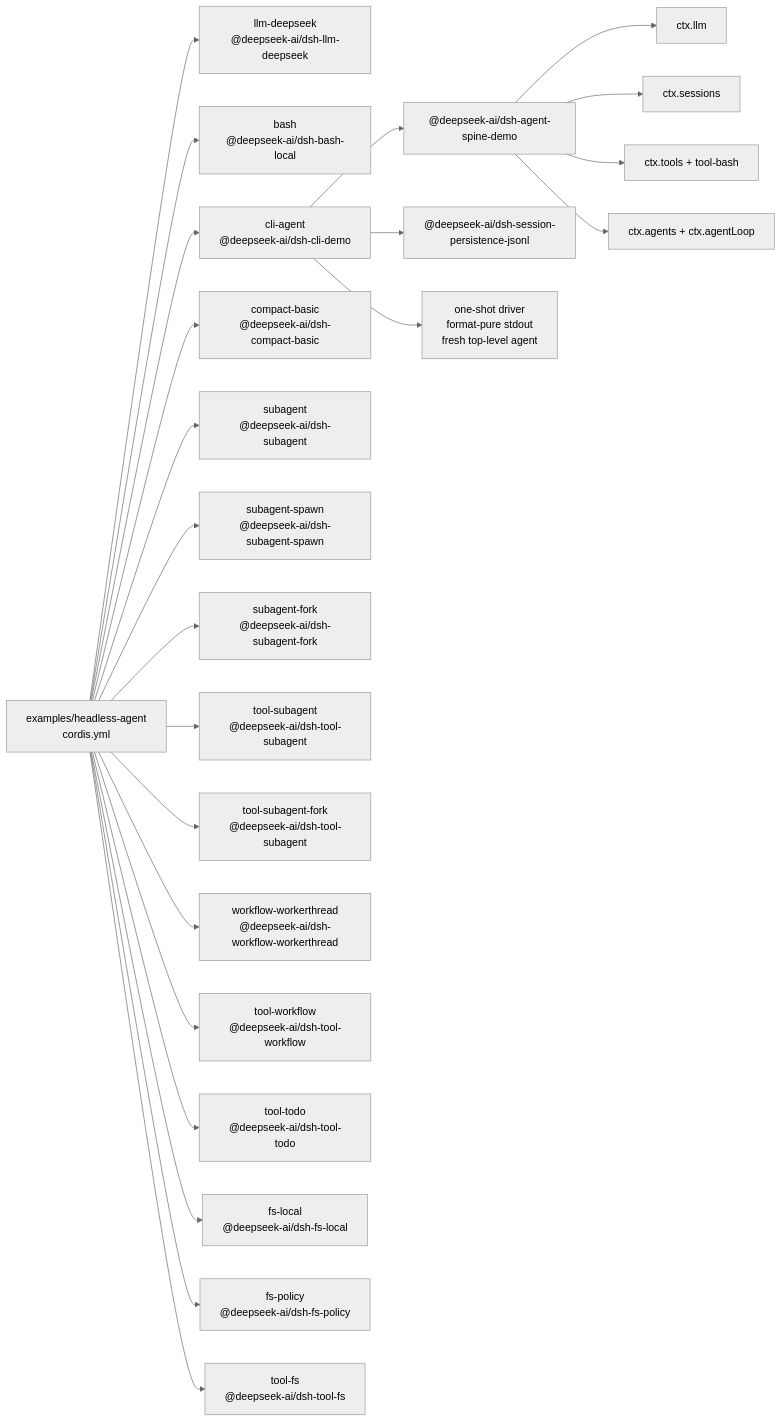
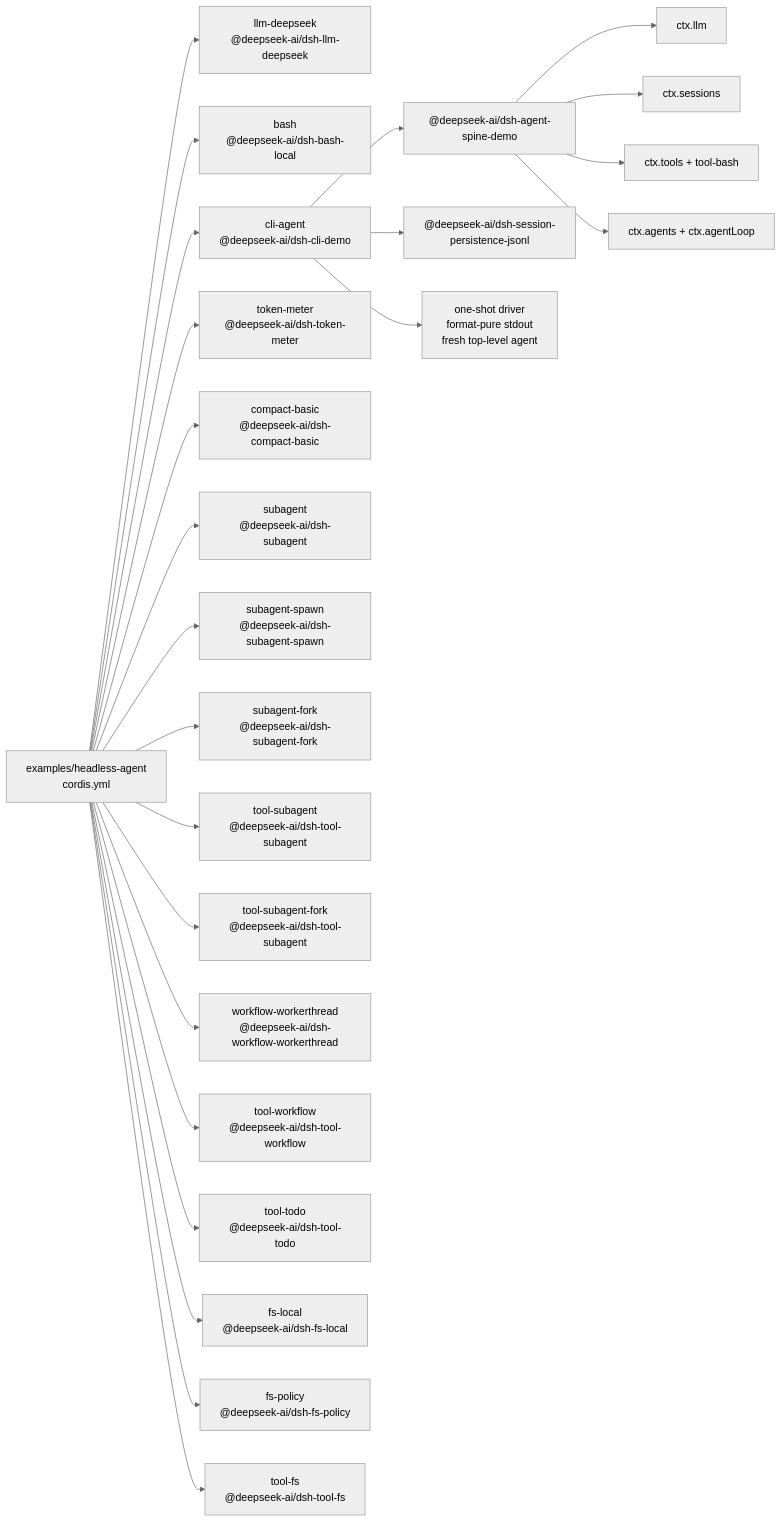
The diagram in examples/headless-agent/composition.md (007M7/DeepCode), drawn with Mermaid (neutral theme) before and after one commit. The commit also changed other lines of this file and 52 other files, not shown here.

````diff
--- a/examples/headless-agent/composition.md
+++ b/examples/headless-agent/composition.md
@@ -8,41 +8,43 @@
 ```mermaid
 flowchart LR
   cfg["examples/headless-agent<br/>cordis.yml"]
   plugin_headless_llm_deepseek["llm-deepseek<br/>@deepseek-ai/dsh-llm-deepseek"]
   cfg --> plugin_headless_llm_deepseek
   plugin_headless_bash["bash<br/>@deepseek-ai/dsh-bash-local"]
   cfg --> plugin_headless_bash
   plugin_headless_cli_agent["cli-agent<br/>@deepseek-ai/dsh-cli-demo"]
   cfg --> plugin_headless_cli_agent
   plugin_headless_cli_agent --> bundle_agent_core["@deepseek-ai/dsh-agent-spine-demo"]
   plugin_headless_cli_agent --> bundle_jsonl["@deepseek-ai/dsh-session-persistence-jsonl"]
   plugin_headless_cli_agent --> frontdoor_cli["one-shot driver<br/>format-pure stdout<br/>fresh top-level agent"]
   bundle_agent_core --> spine_llm["ctx.llm"]
   bundle_agent_core --> spine_sessions["ctx.sessions"]
   bundle_agent_core --> spine_tools["ctx.tools + tool-bash"]
   bundle_agent_core --> spine_loop["ctx.agents + ctx.agentLoop"]
+  plugin_headless_token_meter["token-meter<br/>@deepseek-ai/dsh-token-meter"]
+  cfg --> plugin_headless_token_meter
   plugin_headless_compact_basic["compact-basic<br/>@deepseek-ai/dsh-compact-basic"]
   cfg --> plugin_headless_compact_basic
   plugin_headless_subagent["subagent<br/>@deepseek-ai/dsh-subagent"]
   cfg --> plugin_headless_subagent
   plugin_headless_subagent_spawn["subagent-spawn<br/>@deepseek-ai/dsh-subagent-spawn"]
   cfg --> plugin_headless_subagent_spawn
   plugin_headless_subagent_fork["subagent-fork<br/>@deepseek-ai/dsh-subagent-fork"]
   cfg --> plugin_headless_subagent_fork
   plugin_headless_tool_subagent["tool-subagent<br/>@deepseek-ai/dsh-tool-subagent"]
   cfg --> plugin_headless_tool_subagent
   plugin_headless_tool_subagent_fork["tool-subagent-fork<br/>@deepseek-ai/dsh-tool-subagent"]
   cfg --> plugin_headless_tool_subagent_fork
   plugin_headless_workflow_workerthread["workflow-workerthread<br/>@deepseek-ai/dsh-workflow-workerthread"]
   cfg --> plugin_headless_workflow_workerthread
   plugin_headless_tool_workflow["tool-workflow<br/>@deepseek-ai/dsh-tool-workflow"]
   cfg --> plugin_headless_tool_workflow
   plugin_headless_tool_todo["tool-todo<br/>@deepseek-ai/dsh-tool-todo"]
   cfg --> plugin_headless_tool_todo
   plugin_headless_fs_local["fs-local<br/>@deepseek-ai/dsh-fs-local"]
   cfg --> plugin_headless_fs_local
   plugin_headless_fs_policy["fs-policy<br/>@deepseek-ai/dsh-fs-policy"]
   cfg --> plugin_headless_fs_policy
   plugin_headless_tool_fs["tool-fs<br/>@deepseek-ai/dsh-tool-fs"]
   cfg --> plugin_headless_tool_fs
 ```
````
